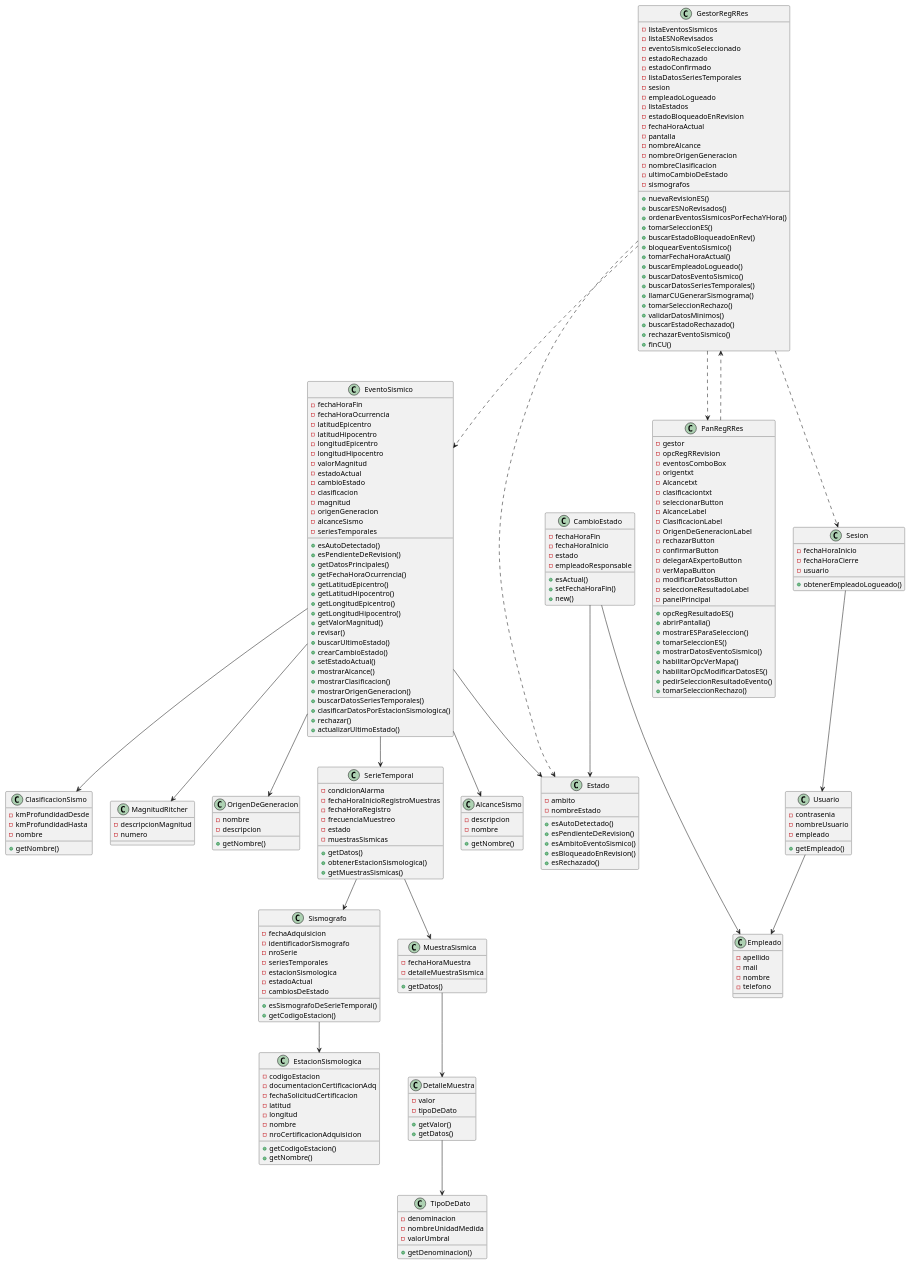
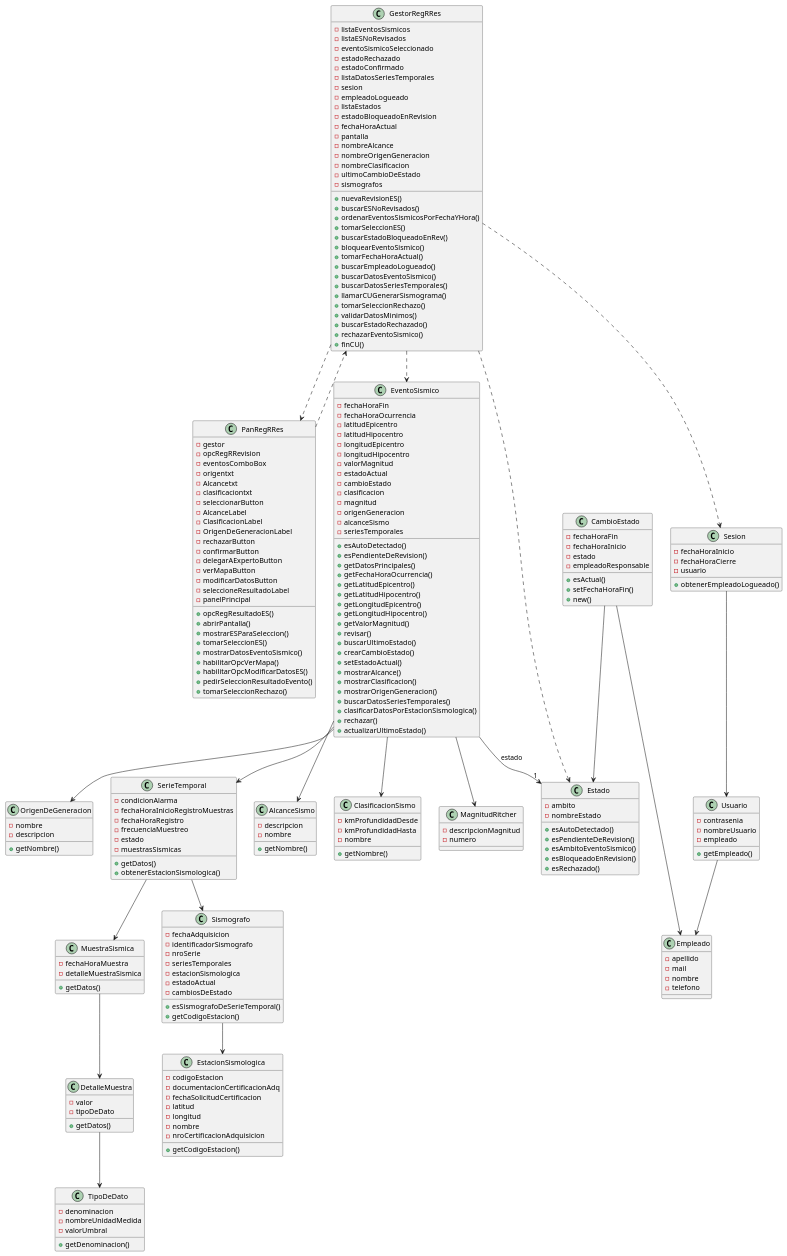
The diagram in diagrama-vista-estatica.wsd (santiwg/TPI-DS2025-G1), drawn with PlantUML before and after one commit.

Commit message:
Corrijo métodos en la vista estática

```diff
--- a/diagrama-vista-estatica.wsd
+++ b/diagrama-vista-estatica.wsd
@@ -97,7 +97,6 @@
     -valor
     -tipoDeDato
 
-    +getValor()
     +getDatos()
 }
 
@@ -118,7 +117,6 @@
     -nroCertificacionAdquisicion
     
     +getCodigoEstacion()
-    +getNombre()
 }
 
 class Estado{
@@ -199,7 +197,6 @@
 
     +getDatos()
     +obtenerEstacionSismologica()
-    +getMuestrasSismicas()
 }
 
 class Sesion{
@@ -249,7 +246,7 @@
 
 GestorRegRRes ..> Sesion
 
-EventoSismico --> Estado
+EventoSismico -->"1" Estado:estado
 
 Sesion --> Usuario
 
```
